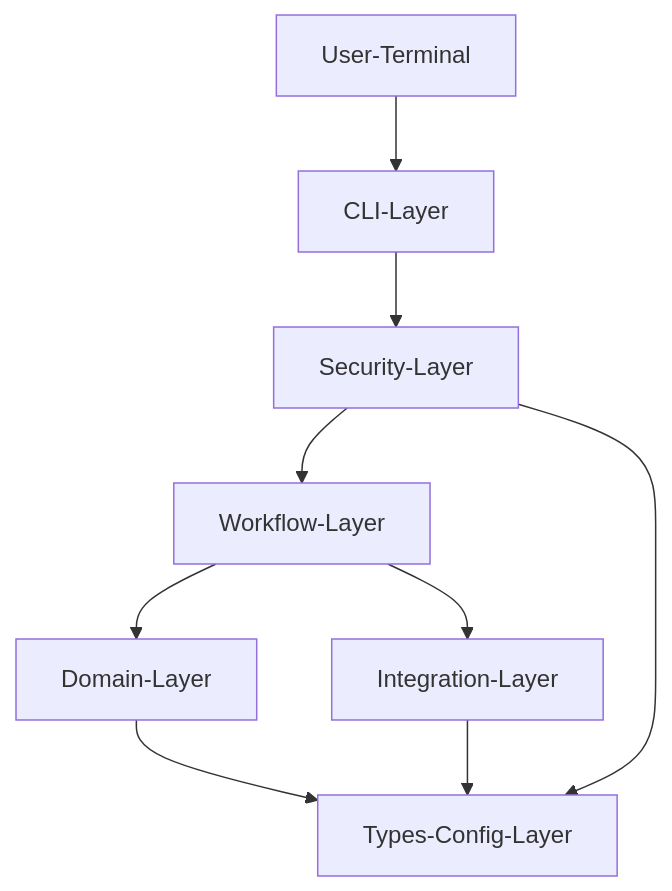
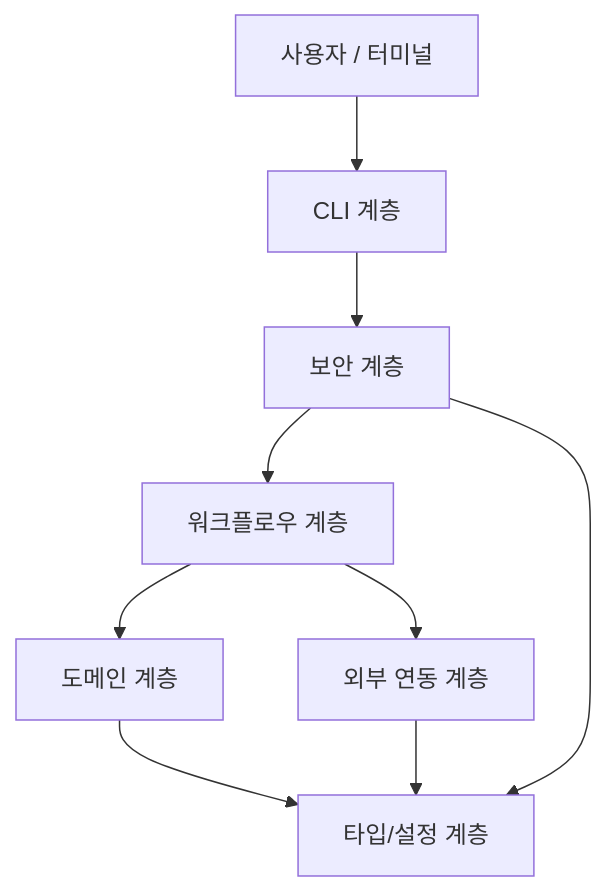
Before and after one commit to pandol69kim-bot/gitautopipe: the third of 4 diagrams in 프로젝트 전체 구조도.md, drawn with Mermaid. The commit also changed other lines of this file and 5 other files, not shown here.

Commit message:
feat: Add new diagrams and update existing documentation for improved clarity and Mermaid compatibility

````diff
--- a/프로젝트 전체 구조도.md
+++ b/프로젝트 전체 구조도.md
@@ -91,18 +108,19 @@
 ```mermaid
-graph TD
-User[User-Terminal]
-CLI[CLI-Layer]
-SecurityLayer[Security-Layer]
-WorkflowLayer[Workflow-Layer]
-DomainLayer[Domain-Layer]
-IntegrationLayer[Integration-Layer]
-TypesLayer[Types-Config-Layer]
-User --> CLI
-CLI --> SecurityLayer
-SecurityLayer --> WorkflowLayer
-WorkflowLayer --> DomainLayer
-WorkflowLayer --> IntegrationLayer
-DomainLayer --> TypesLayer
-IntegrationLayer --> TypesLayer
-SecurityLayer --> TypesLayer
+flowchart TB
+  User["사용자 / 터미널"]
+  CLI["CLI 계층"]
+  SecurityLayer["보안 계층"]
+  WorkflowLayer["워크플로우 계층"]
+  DomainLayer["도메인 계층"]
+  IntegrationLayer["외부 연동 계층"]
+  TypesLayer["타입/설정 계층"]
+
+  User --> CLI
+  CLI --> SecurityLayer
+  SecurityLayer --> WorkflowLayer
+  WorkflowLayer --> DomainLayer
+  WorkflowLayer --> IntegrationLayer
+  DomainLayer --> TypesLayer
+  IntegrationLayer --> TypesLayer
+  SecurityLayer --> TypesLayer
 ```
````
